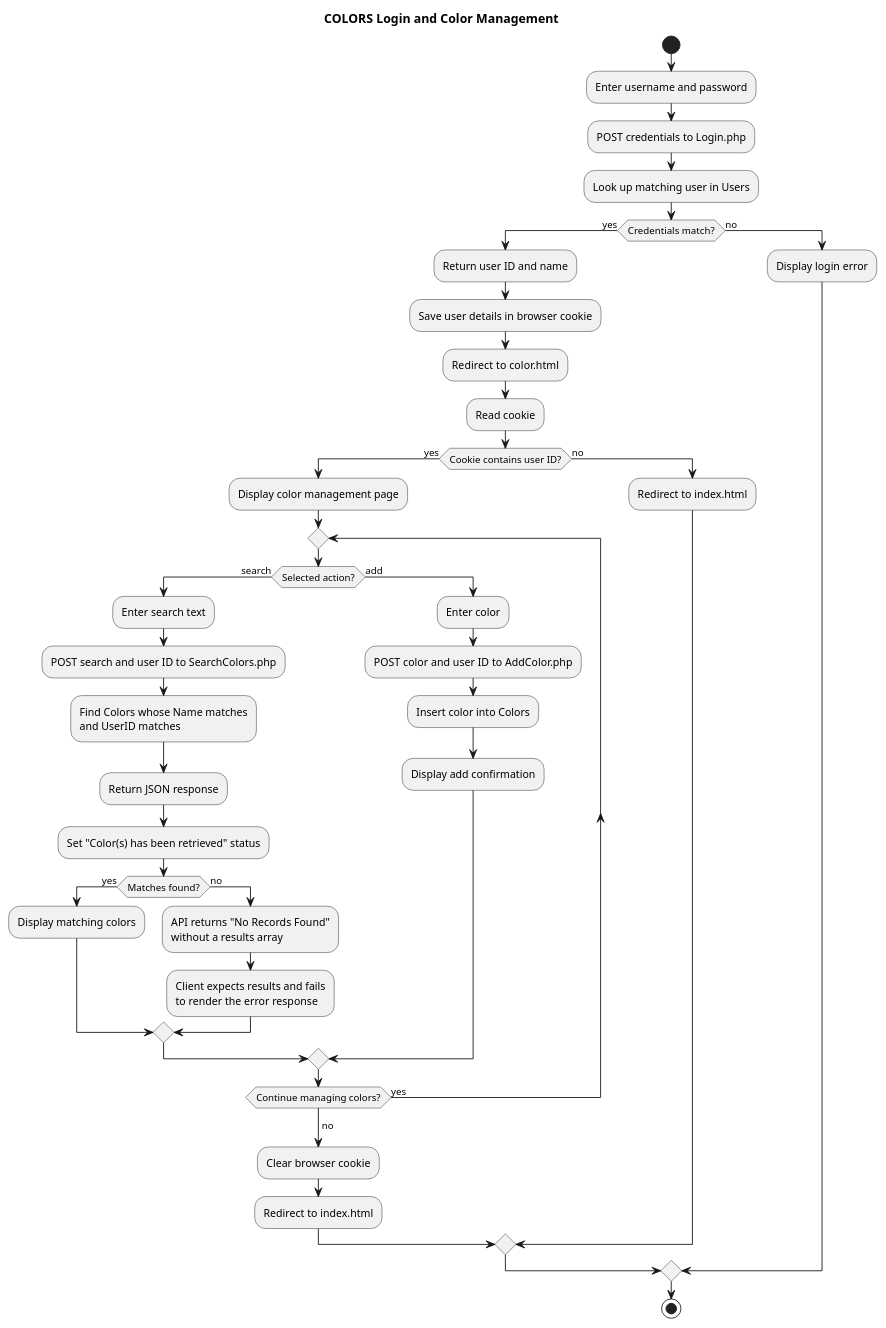
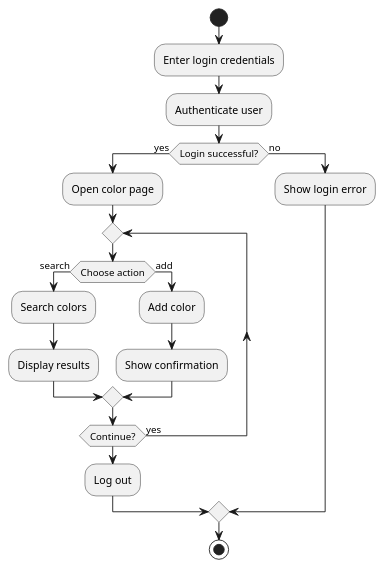
Before and after one commit to MelindaM4y/POOSD-COLORS-Lab: the diagram in docs/uml/activity.puml, drawn with PlantUML. The commit also changed 5 other files, not shown here.

Commit message:
Simplify UML diagrams

```diff
--- a/docs/uml/activity.puml
+++ b/docs/uml/activity.puml
@@ -1,48 +1,21 @@
 @startuml
-!pragma layout smetana
-title COLORS Login and Color Management
-
 start
-:Enter username and password;
-:POST credentials to Login.php;
-:Look up matching user in Users;
-
-if (Credentials match?) then (yes)
-  :Return user ID and name;
-  :Save user details in browser cookie;
-  :Redirect to color.html;
-  :Read cookie;
-  if (Cookie contains user ID?) then (yes)
-    :Display color management page;
-    repeat
-      if (Selected action?) then (search)
-        :Enter search text;
-        :POST search and user ID to SearchColors.php;
-        :Find Colors whose Name matches\nand UserID matches;
-        :Return JSON response;
-        :Set "Color(s) has been retrieved" status;
-        if (Matches found?) then (yes)
-          :Display matching colors;
-        else (no)
-          :API returns "No Records Found"\nwithout a results array;
-          :Client expects results and fails\nto render the error response;
-        endif
-      else (add)
-        :Enter color;
-        :POST color and user ID to AddColor.php;
-        :Insert color into Colors;
-        :Display add confirmation;
-      endif
-    repeat while (Continue managing colors?) is (yes)
-    -> no;
-    :Clear browser cookie;
-    :Redirect to index.html;
-  else (no)
-    :Redirect to index.html;
-  endif
+:Enter login credentials;
+:Authenticate user;
+if (Login successful?) then (yes)
+  :Open color page;
+  repeat
+    if (Choose action) then (search)
+      :Search colors;
+      :Display results;
+    else (add)
+      :Add color;
+      :Show confirmation;
+    endif
+  repeat while (Continue?) is (yes)
+  :Log out;
 else (no)
-  :Display login error;
+  :Show login error;
 endif
-
 stop
 @enduml
```
